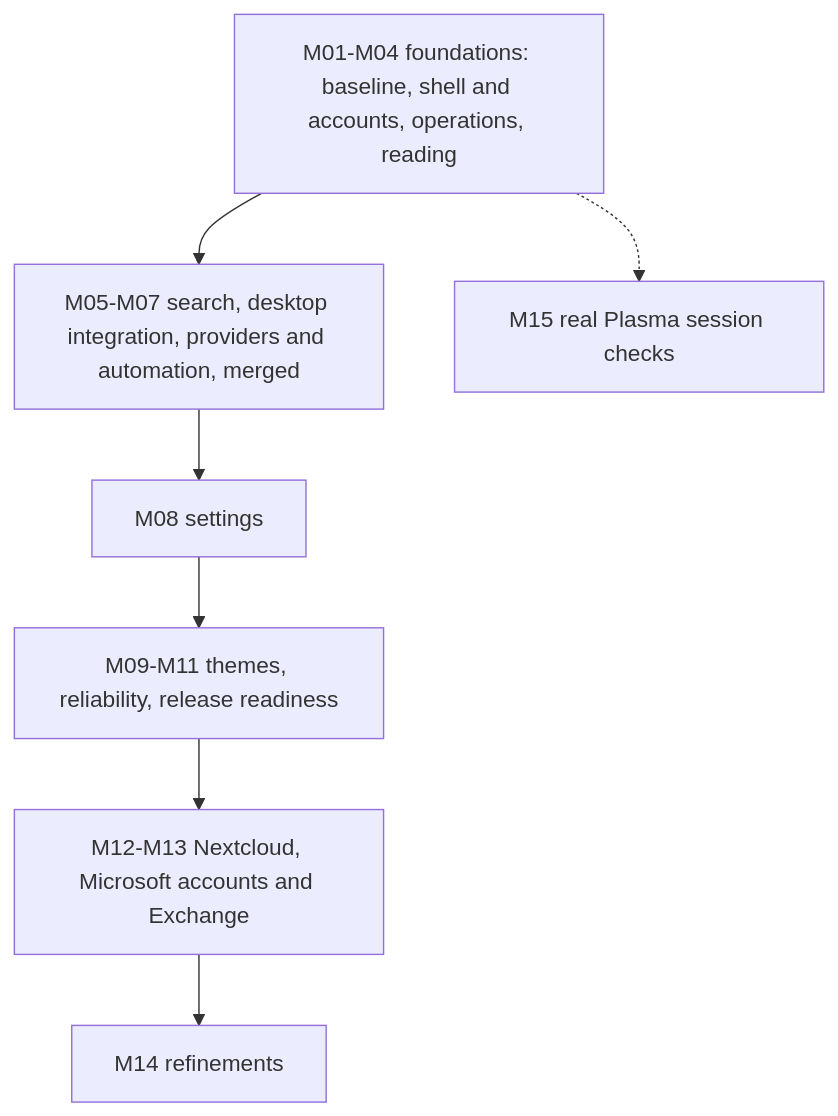
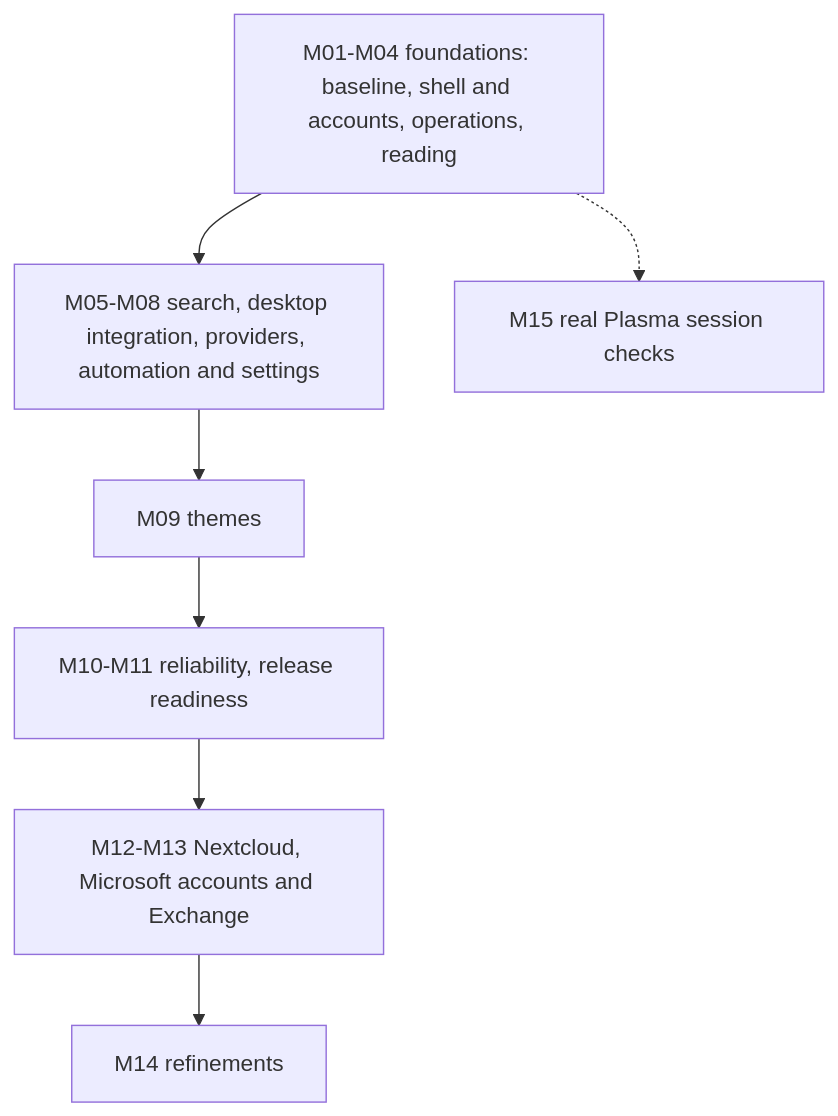
Before and after one commit to mikepadiernos/plasma-impresario: the diagram in README.md, drawn with Mermaid. The commit also changed other lines of this file, not shown here.

Commit message:
docs: describe the M08 settings, workspaces, tabs and Vim mode in the README

````diff
--- a/README.md
+++ b/README.md
@@ -700,9 +753,9 @@
 ```mermaid
 flowchart TD
-    A[M01-M04 foundations: baseline, shell and accounts, operations, reading] --> B[M05-M07 search, desktop integration, providers and automation, merged]
-    B --> C[M08 settings]
-    C --> D[M09-M11 themes, reliability, release readiness]
+    A[M01-M04 foundations: baseline, shell and accounts, operations, reading] --> B[M05-M08 search, desktop integration, providers, automation and settings]
+    B --> C[M09 themes]
+    C --> D[M10-M11 reliability, release readiness]
     D --> E[M12-M13 Nextcloud, Microsoft accounts and Exchange]
     E --> F[M14 refinements]
     A -.-> G[M15 real Plasma session checks]
 ```
````
